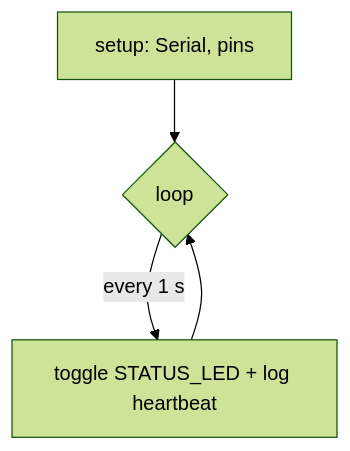
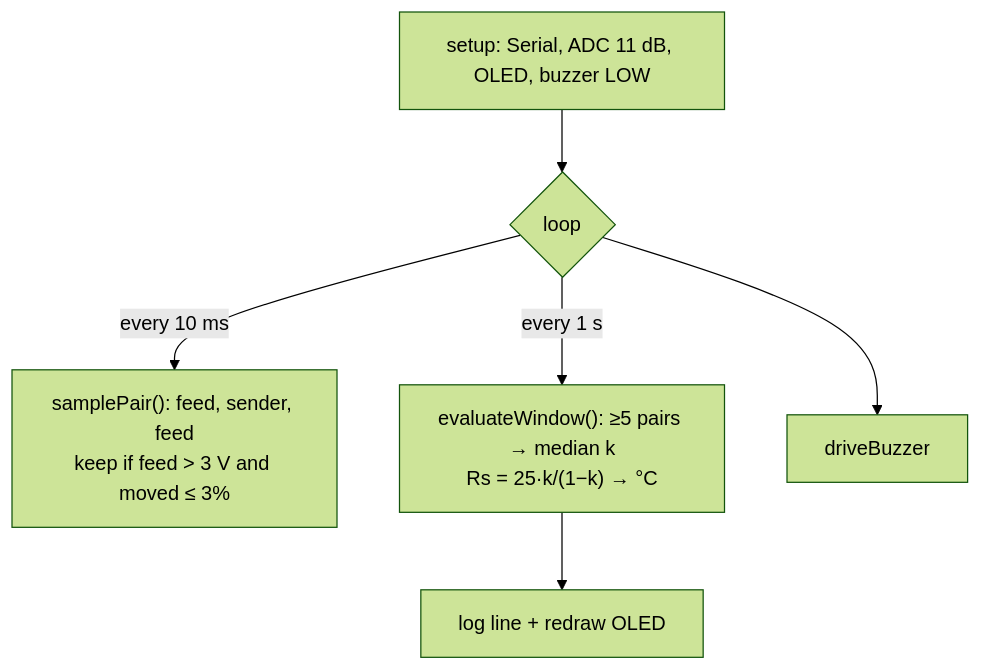
One commit to maskeynihal/sensor-for-cars changed the diagram in projects/hj60_coolant/docs/architecture.md. Above: the diagram before and after it, drawn with Mermaid (forest theme). The commit also changed other lines of this file and 20 other files, not shown here.

````diff
--- a/projects/hj60_coolant/docs/architecture.md
+++ b/projects/hj60_coolant/docs/architecture.md
@@ -5,6 +5,8 @@
 ```mermaid
 flowchart TD
-  S[setup: Serial, pins] --> L{loop}
-  L -->|every 1 s| H[toggle STATUS_LED + log heartbeat]
-  H --> L
+  S[setup: Serial, ADC 11 dB, OLED, buzzer LOW] --> L{loop}
+  L -->|every 10 ms| P["samplePair(): feed, sender, feed<br/>keep if feed > 3 V and moved ≤ 3%"]
+  L -->|every 1 s| W["evaluateWindow(): ≥5 pairs → median k<br/>Rs = 25·k/(1−k) → °C"]
+  W --> G[log line + redraw OLED]
+  L --> B[driveBuzzer]
 ```
````
